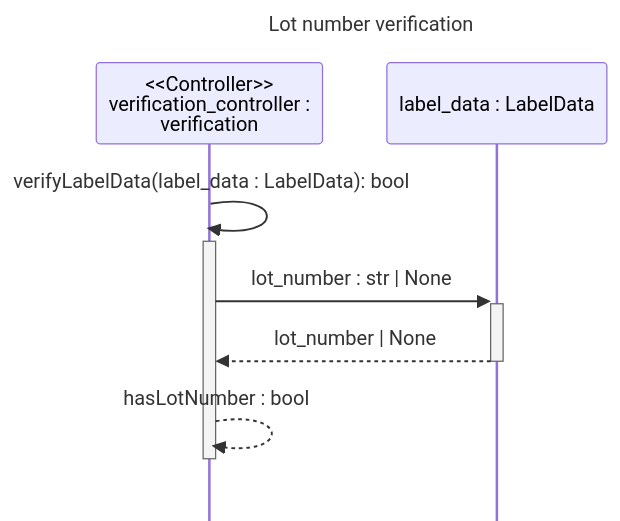
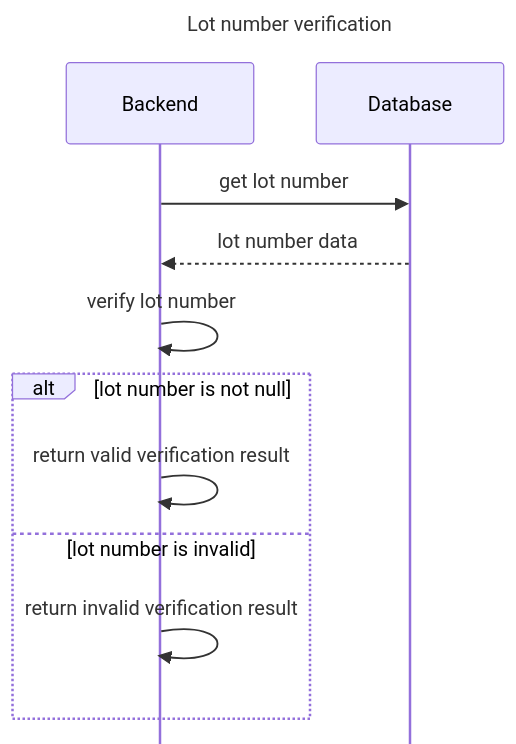
The diagram in docs/compliance/verification/lot_number/design.md (ai-cfia/fertiscan), drawn with Mermaid before and after one commit. The commit also changed 1 other file, not shown here.

Commit message:
more human interaction design for general verification and lot_number verification

````diff
--- a/docs/compliance/verification/lot_number/design.md
+++ b/docs/compliance/verification/lot_number/design.md
@@ -3,19 +3,17 @@
 ```mermaid
 %%{init: { "sequence": { "mirrorActors": false } }}%%
 sequenceDiagram
     title Lot number verification
-    participant ver as <<Controller>><br>verification_controller : <br> verification
-    participant ld as label_data : LabelData
+    participant be as Backend
+    participant db as Database
 
-    ver ->>+ ver: verifyLabelData(label_data : LabelData): bool
+    be ->> db : get lot number
+    db -->> be : lot number data
 
-    ver ->>+ ld: lot_number :  str | None
-    ld -->>- ver: lot_number | None
-
-    ver -->>- ver: hasLotNumber : bool
-
-
-
-
-
+    be ->> be : verify lot number
+    alt lot number is not null
+        be ->> be : return valid verification result
+    else lot number is invalid
+        be ->> be : return invalid verification result
+    end
 ```
````
